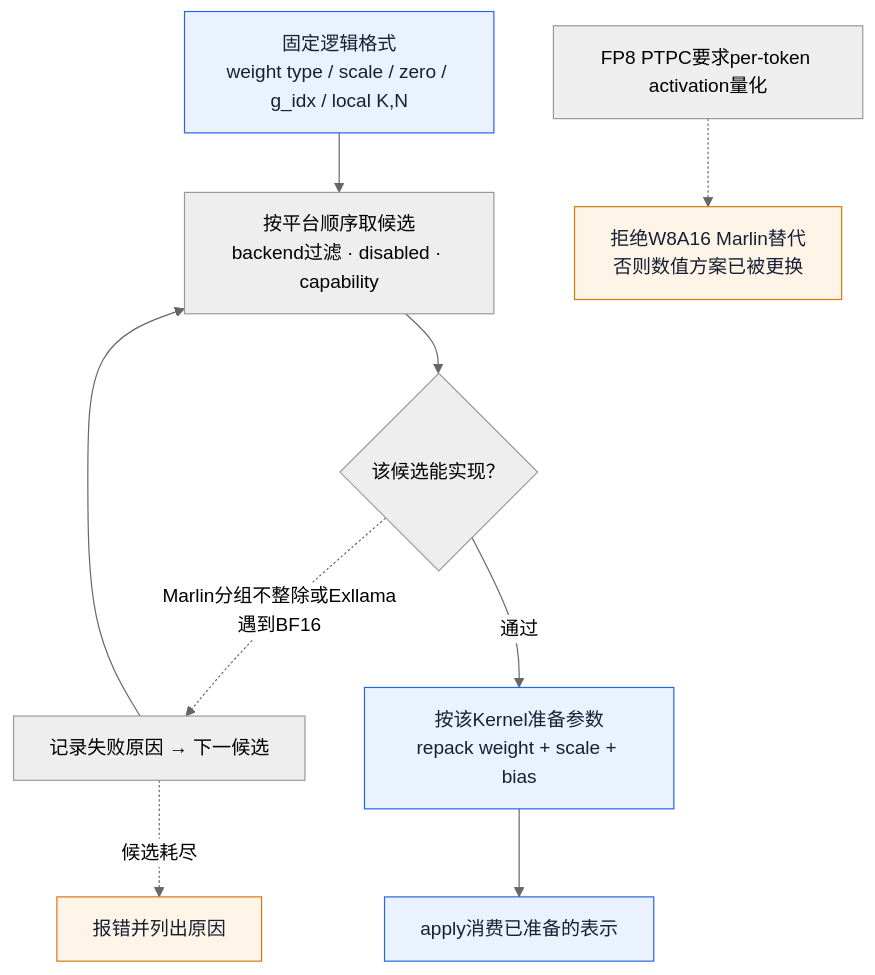
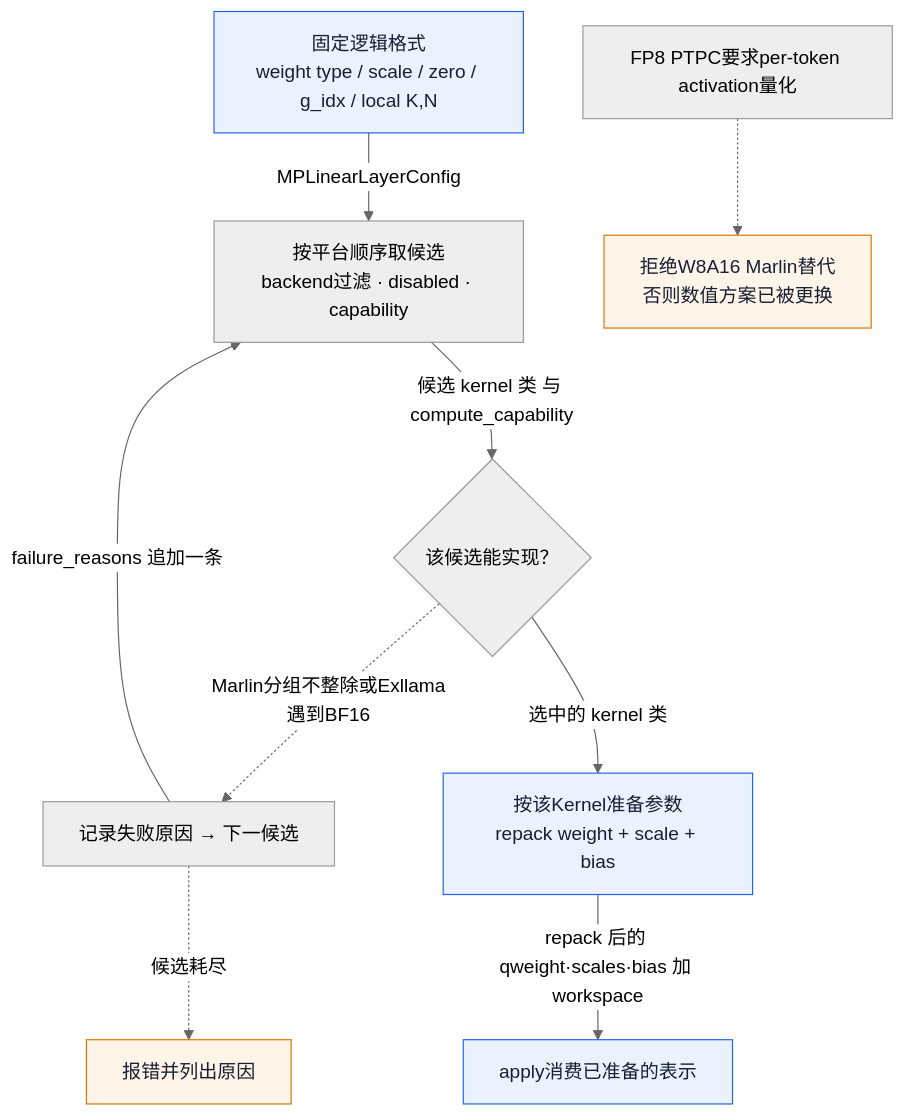
One commit to suhaibo666/llm-knowledge changed the fourth of 4 diagrams in wiki/02_engineering/03_infer_frameworks/vllm/17_vllm_quantization_analysis.md. Above: the diagram before and after it, drawn with Mermaid (neutral theme). The commit also changed other lines of this file and 89 other files, not shown here.

````diff
--- a/wiki/02_engineering/03_infer_frameworks/vllm/17_vllm_quantization_analysis.md
+++ b/wiki/02_engineering/03_infer_frameworks/vllm/17_vllm_quantization_analysis.md
@@ -209,15 +387,15 @@
 ```mermaid
 flowchart TB
-  I["固定逻辑格式<br/>weight type / scale / zero / g_idx / local K,N"] --> C["按平台顺序取候选<br/>backend过滤 · disabled · capability"]
-  C --> V{"该候选能实现？"}
+  I["固定逻辑格式<br/>weight type / scale / zero / g_idx / local K,N"] -->|MPLinearLayerConfig| C["按平台顺序取候选<br/>backend过滤 · disabled · capability"]
+  C -->|候选 kernel 类 与 compute_capability| V{"该候选能实现？"}
   V -. Marlin分组不整除或Exllama遇到BF16 .-> N["记录失败原因 → 下一候选"]
-  N --> C
-  V -->|通过| P["按该Kernel准备参数<br/>repack weight + scale + bias"]
-  P --> A["apply消费已准备的表示"]
+  N -->|failure_reasons 追加一条| C
+  V -->|选中的 kernel 类| P["按该Kernel准备参数<br/>repack weight + scale + bias"]
+  P -->|repack 后的 qweight·scales·bias 加 workspace| A["apply消费已准备的表示"]
   N -. 候选耗尽 .-> E["报错并列出原因"]
   T["FP8 PTPC要求per-token activation量化"] -.-> R["拒绝W8A16 Marlin替代<br/>否则数值方案已被更换"]
   classDef acc1 fill:#eaf2ff,stroke:#2563eb,color:#172033;
   classDef acc2 fill:#fff4e8,stroke:#d97706,color:#172033;
   class I,P,A acc1;
   class E,R acc2;
 ```
````
